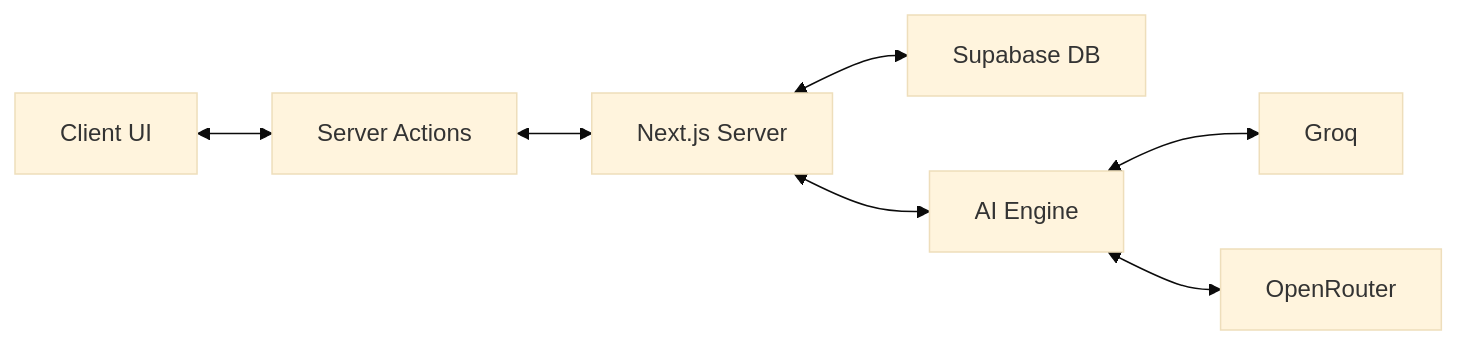
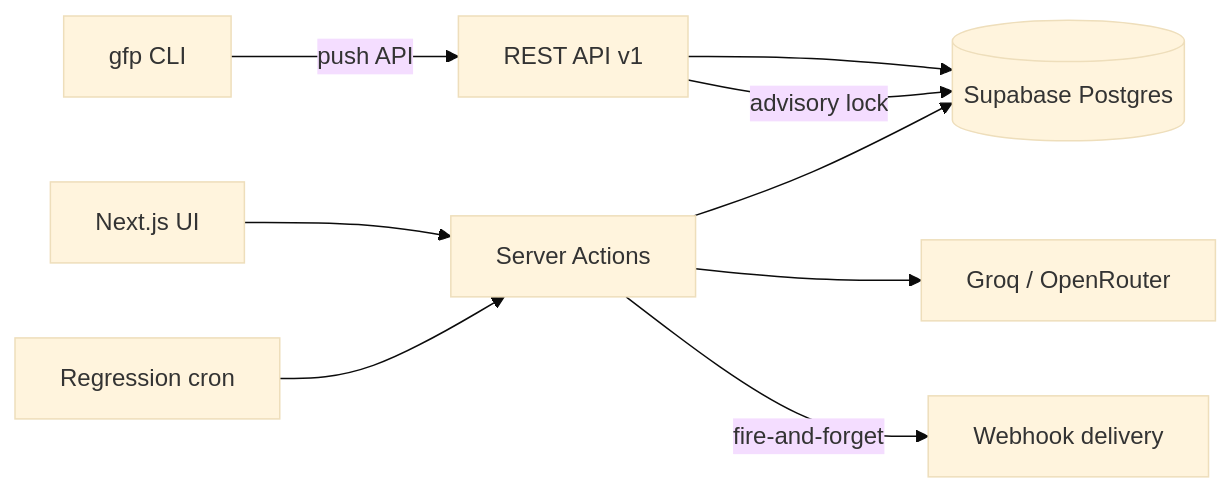
Before and after one commit to kwakhare5/Git-for-Prompts: the diagram in README.md, drawn with Mermaid (base theme). The commit also changed other lines of this file and 15 other files, not shown here.

First line of the commit message:
refactor: extract 3 deep modules (api-auth, TestRunner, insertNextVersion)

````diff
--- a/README.md
+++ b/README.md
@@ -109,9 +169,11 @@
 ```mermaid
 flowchart LR
-    A[Client UI] <--> B[Server Actions]
-    B <--> C[Next.js Server]
-    C <--> D[Supabase DB]
-    C <--> E[AI Engine]
-    E <--> F[Groq]
-    E <--> G[OpenRouter]
+    CLI[gfp CLI] -->|push API| API
+    App[Next.js UI] --> SA[Server Actions]
+    SA --> DB[(Supabase Postgres)]
+    SA --> AI[Groq / OpenRouter]
+    SA -->|fire-and-forget| WH[Webhook delivery]
+    API[REST API v1] --> DB
+    API -->|advisory lock| DB
+    CRON[Regression cron] --> SA
 ```
````
